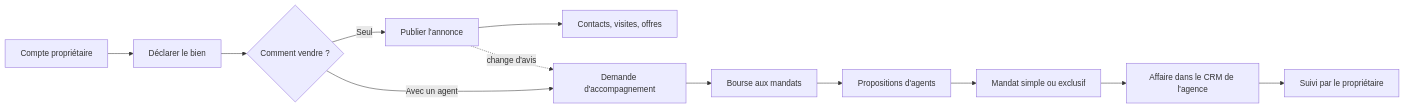
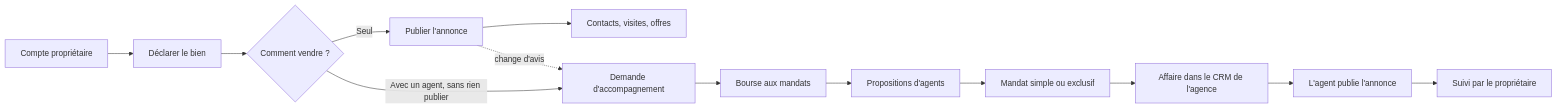
The first of 4 diagrams in docs/atlas-immobilier/02_fonctionnel/13_uc_proprietaire_mandats.md (lamallamadel/atlas), drawn with Mermaid before and after one commit. The commit also changed other lines of this file and 4 other files, not shown here.

````diff
--- a/docs/atlas-immobilier/02_fonctionnel/13_uc_proprietaire_mandats.md
+++ b/docs/atlas-immobilier/02_fonctionnel/13_uc_proprietaire_mandats.md
@@ -63,14 +65,15 @@
 ```mermaid
 flowchart LR
   A[Compte propriétaire] --> B[Déclarer le bien]
   B --> C{Comment vendre ?}
   C -->|Seul| D[Publier l'annonce]
   D --> E[Contacts, visites, offres]
-  C -->|Avec un agent| F[Demande d'accompagnement]
+  C -->|Avec un agent, sans rien publier| F[Demande d'accompagnement]
   F --> G[Bourse aux mandats]
   G --> H[Propositions d'agents]
   H --> I[Mandat simple ou exclusif]
   I --> J[Affaire dans le CRM de l'agence]
-  J --> K[Suivi par le propriétaire]
+  J --> L[L'agent publie l'annonce]
+  L --> K[Suivi par le propriétaire]
   D -.->|change d'avis| F
 ```
````
